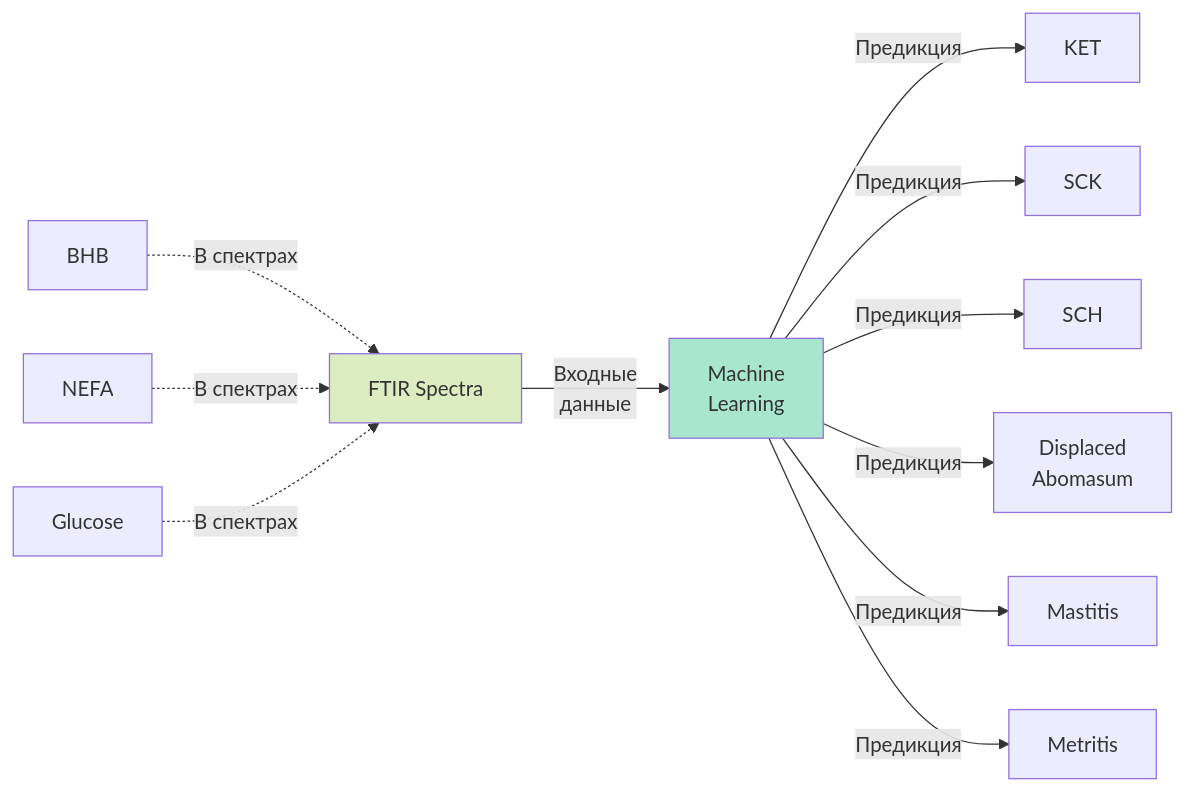
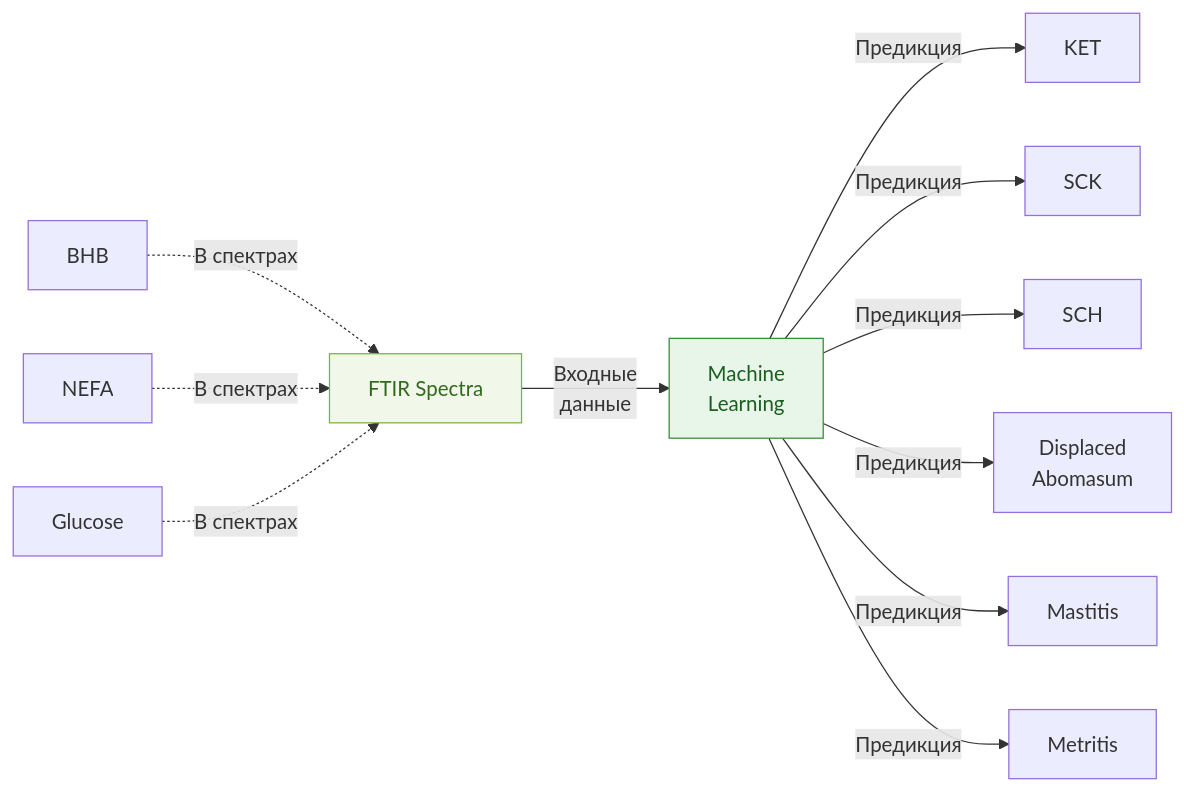
Before and after one commit to StanisSerg/PACK-cattle-science: the fourth of 6 diagrams in pack/cattle-science/02-domain-entities/03-interpretations/02B10-entity-graph.md, drawn with Mermaid. The commit also changed other lines of this file and 1 other file, not shown here.

First line of the commit message:
WP-75: Update graph colors to lighter pastel palette

````diff
--- a/pack/cattle-science/02-domain-entities/03-interpretations/02B10-entity-graph.md
+++ b/pack/cattle-science/02-domain-entities/03-interpretations/02B10-entity-graph.md
@@ -121,18 +121,18 @@
 ```mermaid
 graph LR
     FTIR[FTIR Spectra] -->|Входные<br/>данные| ML[Machine<br/>Learning]
     
     ML -->|Предикция| KET
     ML -->|Предикция| SCK
     ML -->|Предикция| SCH
     ML -->|Предикция| DAb[Displaced<br/>Abomasum]
     ML -->|Предикция| MAST[Mastitis]
     ML -->|Предикция| METR[Metritis]
     
     BHB -.->|В спектрах| FTIR
     NEFA -.->|В спектрах| FTIR
     GLU[Glucose] -.->|В спектрах| FTIR
     
-    style ML fill:#a8e6cf
-    style FTIR fill:#dcedc1
+    style ML fill:#e8f5e9,stroke:#388e3c,color:#1b5e20
+    style FTIR fill:#f1f8e9,stroke:#7cb342,color:#33691e
 ```
````
